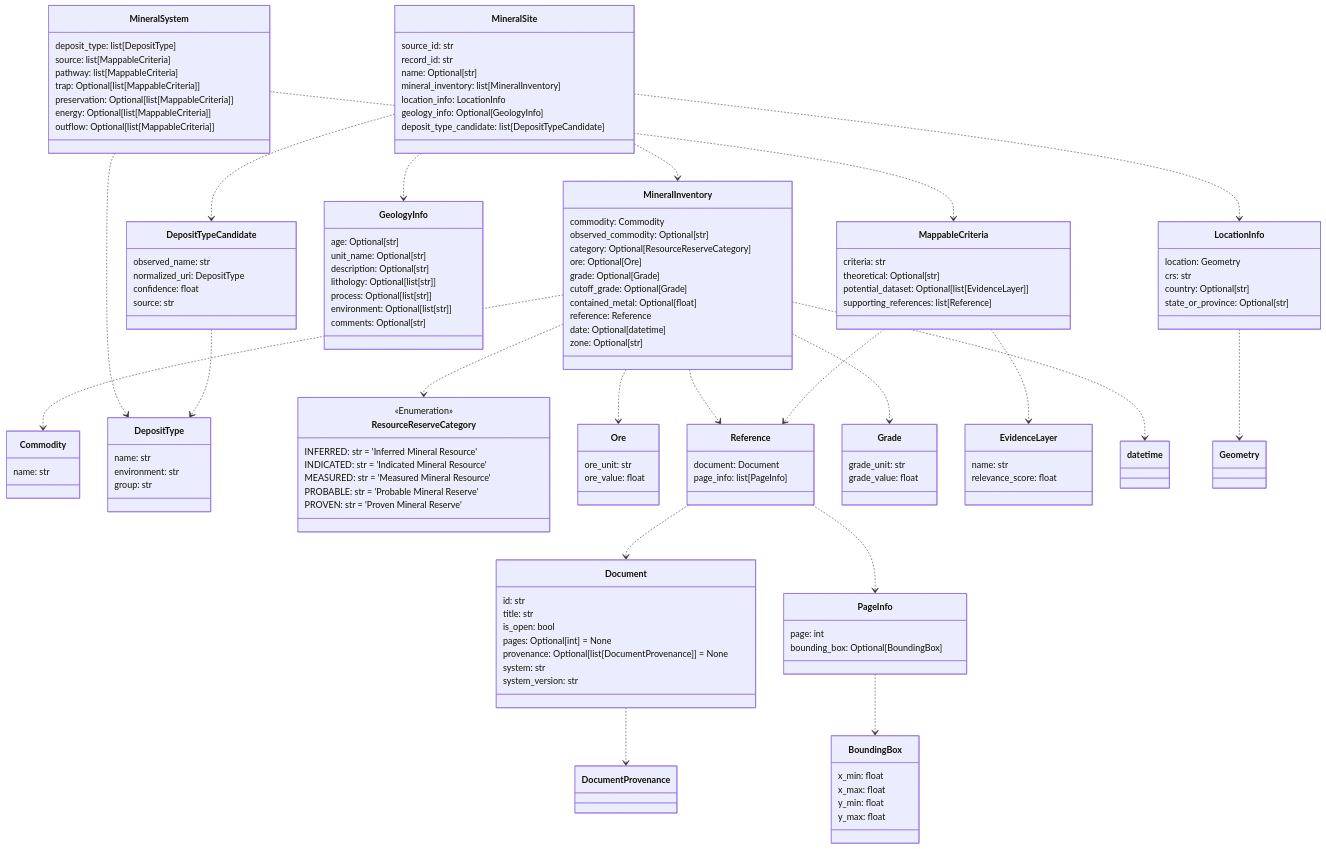
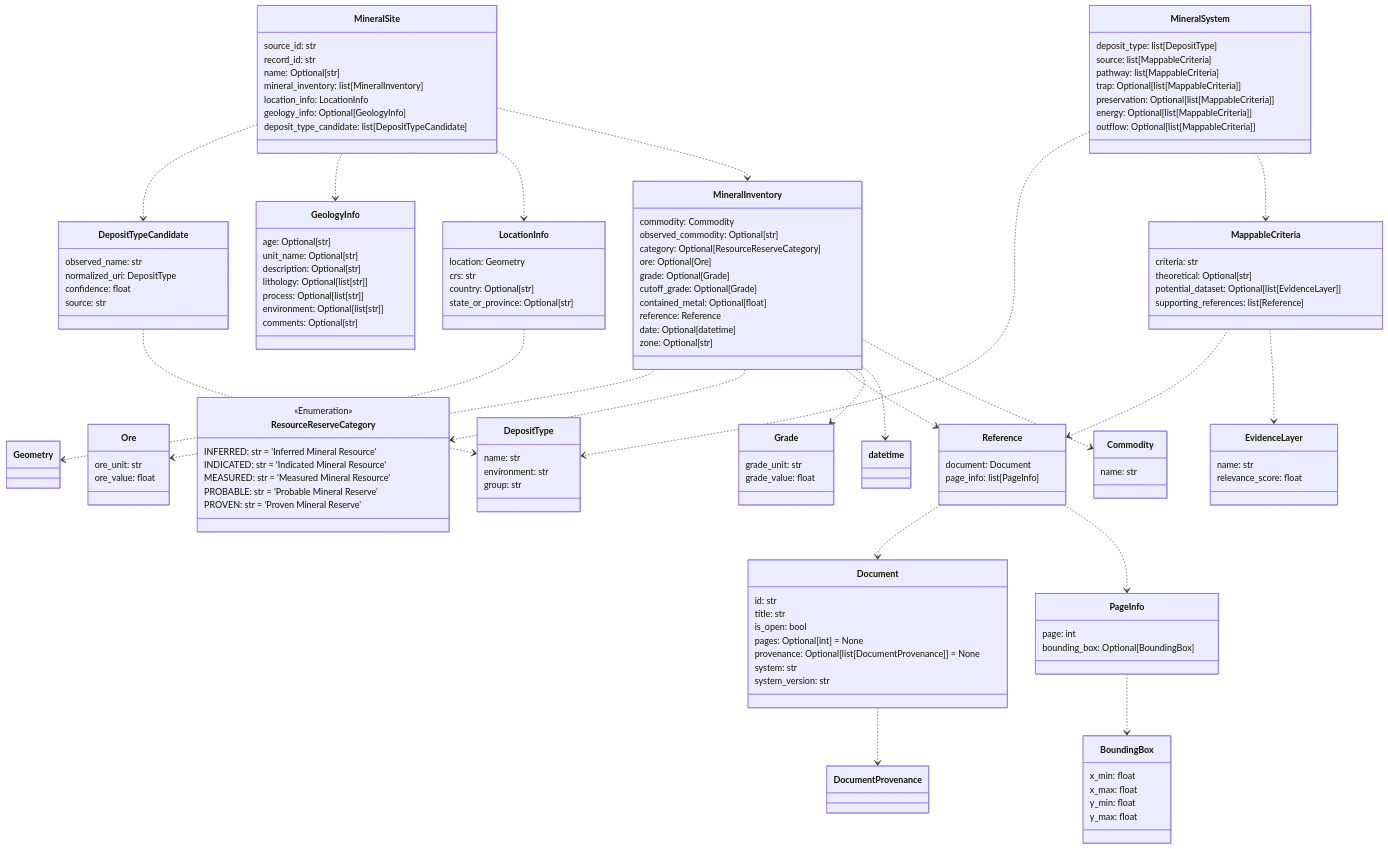
The ninth of 11 diagrams in README.md (DARPA-CRITICALMAAS/cdr_schemas), drawn with Mermaid before and after one commit. The commit also changed other lines of this file and 1 other file, not shown here.

````diff
--- a/README.md
+++ b/README.md
@@ -608,25 +608,14 @@
 ```mermaid
 classDiagram
 
-    class MineralSite {
-        source_id: str
-        record_id: str
-        name: Optional[str]
-        mineral_inventory: list[MineralInventory]
-        location_info: LocationInfo
-        geology_info: Optional[GeologyInfo]
-        deposit_type_candidate: list[DepositTypeCandidate]
-    }
-
-    class LocationInfo {
-        location: Geometry
-        crs: str
-        country: Optional[str]
-        state_or_province: Optional[str]
-    }
-
-    class Commodity {
-        name: str
+    class GeologyInfo {
+        age: Optional[str]
+        unit_name: Optional[str]
+        description: Optional[str]
+        lithology: Optional[list[str]]
+        process: Optional[list[str]]
+        environment: Optional[list[str]]
+        comments: Optional[str]
     }
 
     class MineralInventory {
@@ -642,35 +631,11 @@
         zone: Optional[str]
     }
 
-    class PageInfo {
-        page: int
-        bounding_box: Optional[BoundingBox]
-    }
-
-    class DepositType {
-        name: str
-        environment: str
-        group: str
-    }
-
-    class GeologyInfo {
-        age: Optional[str]
-        unit_name: Optional[str]
-        description: Optional[str]
-        lithology: Optional[list[str]]
-        process: Optional[list[str]]
-        environment: Optional[list[str]]
-        comments: Optional[str]
-    }
-
-    class MineralSystem {
-        deposit_type: list[DepositType]
-        source: list[MappableCriteria]
-        pathway: list[MappableCriteria]
-        trap: Optional[list[MappableCriteria]]
-        preservation: Optional[list[MappableCriteria]]
-        energy: Optional[list[MappableCriteria]]
-        outflow: Optional[list[MappableCriteria]]
+    class DepositTypeCandidate {
+        observed_name: str
+        normalized_uri: DepositType
+        confidence: float
+        source: str
     }
 
     class Document {
@@ -681,6 +646,11 @@
         provenance: Optional[list[DocumentProvenance]] = None
         system: str
         system_version: str
+    }
+
+    class Ore {
+        ore_unit: str
+        ore_value: float
     }
 
     class ResourceReserveCategory {
@@ -699,11 +669,9 @@
         y_max: float
     }
 
-    class DepositTypeCandidate {
-        observed_name: str
-        normalized_uri: DepositType
-        confidence: float
-        source: str
+    class PageInfo {
+        page: int
+        bounding_box: Optional[BoundingBox]
     }
 
     class MappableCriteria {
@@ -713,14 +681,51 @@
         supporting_references: list[Reference]
     }
 
-    class Ore {
-        ore_unit: str
-        ore_value: float
-    }
-
     class Reference {
         document: Document
         page_info: list[PageInfo]
+    }
+
+    class LocationInfo {
+        location: Geometry
+        crs: str
+        country: Optional[str]
+        state_or_province: Optional[str]
+    }
+
+    class MineralSite {
+        source_id: str
+        record_id: str
+        name: Optional[str]
+        mineral_inventory: list[MineralInventory]
+        location_info: LocationInfo
+        geology_info: Optional[GeologyInfo]
+        deposit_type_candidate: list[DepositTypeCandidate]
+    }
+
+    class DepositType {
+        name: str
+        environment: str
+        group: str
+    }
+
+    class MineralSystem {
+        deposit_type: list[DepositType]
+        source: list[MappableCriteria]
+        pathway: list[MappableCriteria]
+        trap: Optional[list[MappableCriteria]]
+        preservation: Optional[list[MappableCriteria]]
+        energy: Optional[list[MappableCriteria]]
+        outflow: Optional[list[MappableCriteria]]
+    }
+
+    class Commodity {
+        name: str
+    }
+
+    class EvidenceLayer {
+        name: str
+        relevance_score: float
     }
 
     class Grade {
@@ -728,31 +733,26 @@
         grade_value: float
     }
 
-    class EvidenceLayer {
-        name: str
-        relevance_score: float
-    }
-
     Document ..> DocumentProvenance
     DepositTypeCandidate ..> DepositType
     PageInfo ..> BoundingBox
     Reference ..> Document
     Reference ..> PageInfo
+    MappableCriteria ..> Reference
     MappableCriteria ..> EvidenceLayer
-    MappableCriteria ..> Reference
+    MineralSystem ..> DepositType
     MineralSystem ..> MappableCriteria
-    MineralSystem ..> DepositType
+    MineralInventory ..> Ore
+    MineralInventory ..> ResourceReserveCategory
+    MineralInventory ..> Reference
+    MineralInventory ..> Grade
     MineralInventory ..> datetime
     MineralInventory ..> Commodity
-    MineralInventory ..> ResourceReserveCategory
-    MineralInventory ..> Reference
-    MineralInventory ..> Ore
-    MineralInventory ..> Grade
     LocationInfo ..> Geometry
+    MineralSite ..> DepositTypeCandidate
+    MineralSite ..> GeologyInfo
     MineralSite ..> LocationInfo
-    MineralSite ..> DepositTypeCandidate
     MineralSite ..> MineralInventory
-    MineralSite ..> GeologyInfo
 
 
 ```
````
